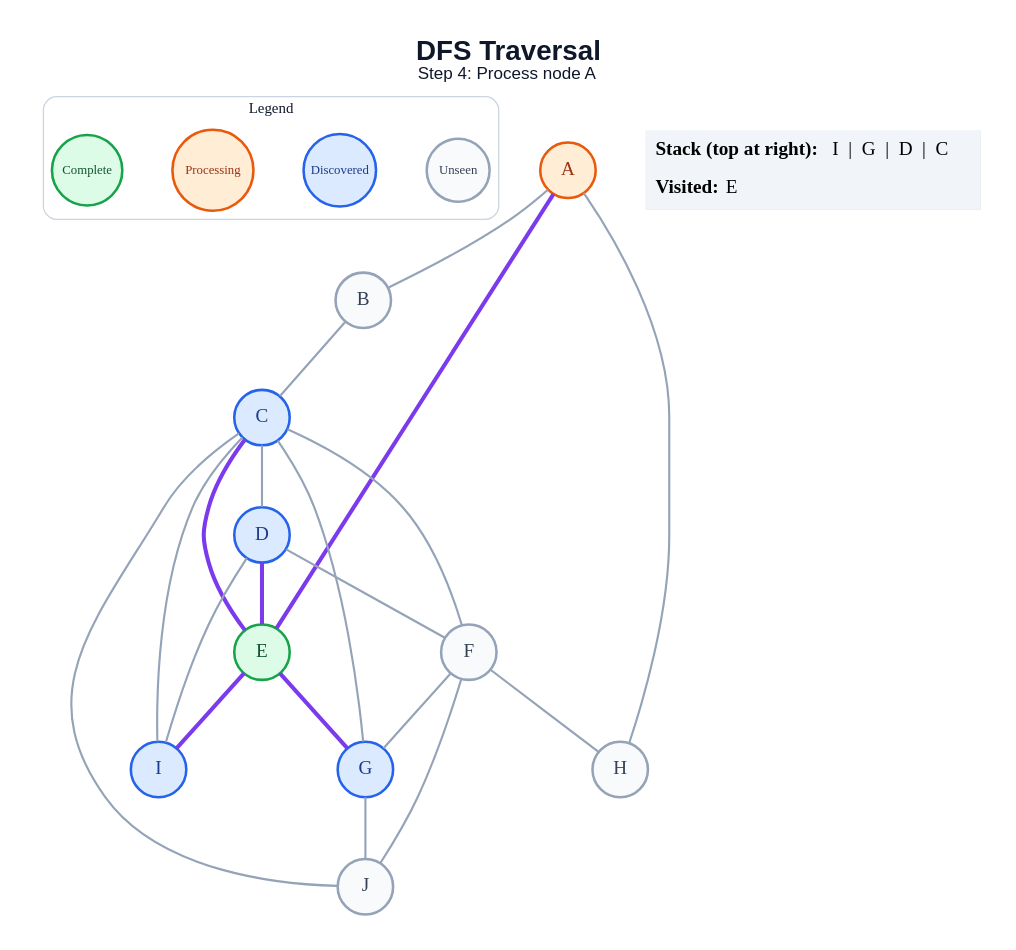
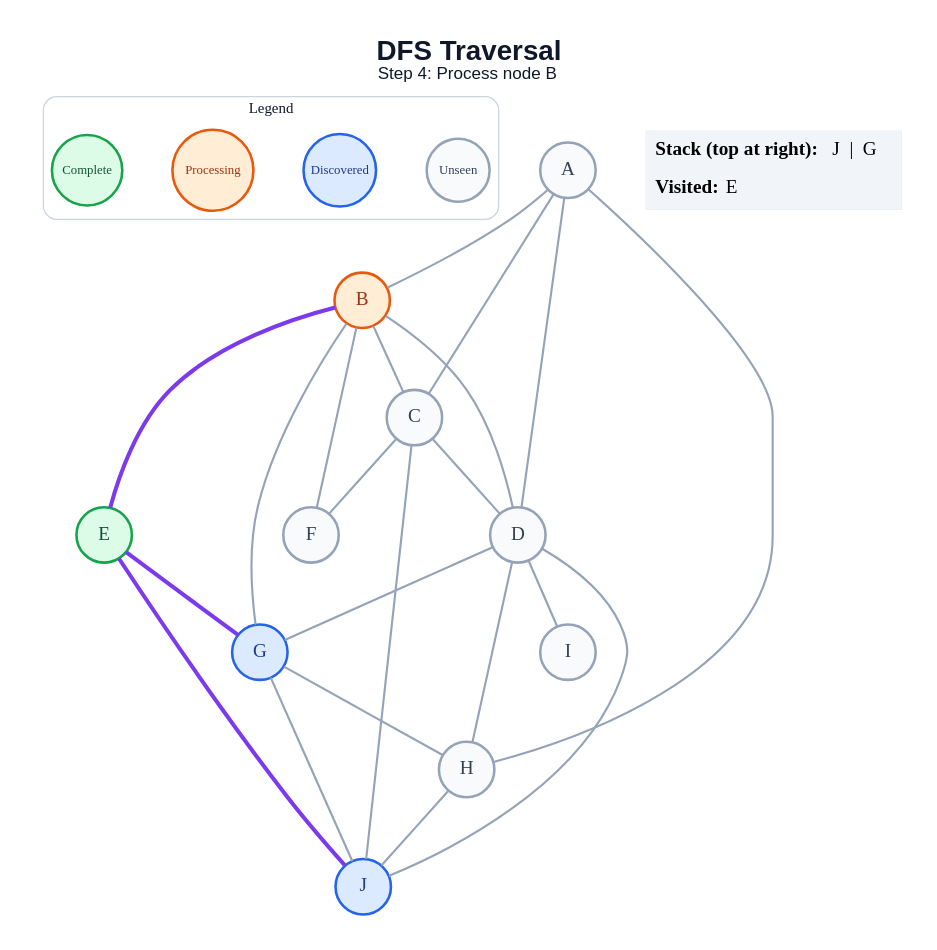
The diagram in generated/specific-node/dfs/step_04.dot (anon7238593-create/ai-slop), drawn with Graphviz before and after one commit. The commit also changed 178 other files, not shown here.

```diff
--- a/generated/specific-node/dfs/step_04.dot
+++ b/generated/specific-node/dfs/step_04.dot
@@ -1,48 +1,50 @@
 graph traversal {
   graph [layout=dot, rankdir=TB, bgcolor="#FFFFFF", pad="0.35", nodesep="0.65", ranksep="0.8", fontname="Arial"];
   node [shape=circle, style="filled", fontname="Arial Bold", fontsize=18, width=0.72, fixedsize=true, penwidth=2.4];
   edge [color="#94A3B8", penwidth=2.0];
-  label=<<B>DFS Traversal</B><BR/><FONT POINT-SIZE="16">Step 4: Process node A</FONT>>; labelloc="t"; fontsize=26; fontname="Arial"; fontcolor="#0F172A";
+  label=<<B>DFS Traversal</B><BR/><FONT POINT-SIZE="16">Step 4: Process node B</FONT>>; labelloc="t"; fontsize=26; fontname="Arial"; fontcolor="#0F172A";
   subgraph cluster_legend { label="Legend"; color="#CBD5E1"; penwidth=1.2; style="rounded"; fontsize=14; fontname="Arial Bold";
     key_unseen [label="Unseen", fillcolor="#F8FAFC", color="#94A3B8", fontcolor="#334155", fontsize=12, width=0.82];
     key_frontier [label="Discovered", fillcolor="#DBEAFE", color="#2563EB", fontcolor="#1E3A8A", fontsize=12, width=0.95];
     key_current [label="Processing", fillcolor="#FFEDD5", color="#EA580C", fontcolor="#9A3412", fontsize=12, width=1.05];
     key_done [label="Complete", fillcolor="#DCFCE7", color="#16A34A", fontcolor="#14532D", fontsize=12, width=0.92];
     { rank=same; key_unseen; key_frontier; key_current; key_done; }
   }
-  A [fillcolor="#FFEDD5", color="#EA580C", fontcolor="#9A3412"];
-  B [fillcolor="#F8FAFC", color="#94A3B8", fontcolor="#334155"];
-  C [fillcolor="#DBEAFE", color="#2563EB", fontcolor="#1E3A8A"];
-  D [fillcolor="#DBEAFE", color="#2563EB", fontcolor="#1E3A8A"];
+  A [fillcolor="#F8FAFC", color="#94A3B8", fontcolor="#334155"];
+  B [fillcolor="#FFEDD5", color="#EA580C", fontcolor="#9A3412"];
+  C [fillcolor="#F8FAFC", color="#94A3B8", fontcolor="#334155"];
+  D [fillcolor="#F8FAFC", color="#94A3B8", fontcolor="#334155"];
   E [fillcolor="#DCFCE7", color="#16A34A", fontcolor="#14532D"];
   F [fillcolor="#F8FAFC", color="#94A3B8", fontcolor="#334155"];
   G [fillcolor="#DBEAFE", color="#2563EB", fontcolor="#1E3A8A"];
   H [fillcolor="#F8FAFC", color="#94A3B8", fontcolor="#334155"];
-  I [fillcolor="#DBEAFE", color="#2563EB", fontcolor="#1E3A8A"];
-  J [fillcolor="#F8FAFC", color="#94A3B8", fontcolor="#334155"];
+  I [fillcolor="#F8FAFC", color="#94A3B8", fontcolor="#334155"];
+  J [fillcolor="#DBEAFE", color="#2563EB", fontcolor="#1E3A8A"];
   A -- B;
-  A -- E [color="#7C3AED", penwidth=3.8];
+  A -- C;
+  A -- D;
   A -- H;
   B -- C;
+  B -- D;
+  B -- E [color="#7C3AED", penwidth=3.8];
+  B -- F;
+  B -- G;
   C -- D;
-  C -- E [color="#7C3AED", penwidth=3.8];
   C -- F;
-  C -- G;
-  C -- I;
   C -- J;
-  D -- E [color="#7C3AED", penwidth=3.8];
-  D -- F;
+  D -- G;
+  D -- H;
   D -- I;
+  D -- J;
   E -- G [color="#7C3AED", penwidth=3.8];
-  E -- I [color="#7C3AED", penwidth=3.8];
-  F -- G;
-  F -- H;
-  F -- J;
+  E -- J [color="#7C3AED", penwidth=3.8];
+  G -- H;
   G -- J;
+  H -- J;
   status [shape=plain, fixedsize=false, width=0, height=0, margin=0, label=<
     <TABLE BORDER="0" CELLBORDER="0" CELLPADDING="7" BGCOLOR="#F1F5F9">
-      <TR><TD ALIGN="LEFT"><B>Stack (top at right):</B> I  |  G  |  D  |  C</TD></TR>
+      <TR><TD ALIGN="LEFT"><B>Stack (top at right):</B> J  |  G</TD></TR>
       <TR><TD ALIGN="LEFT"><B>Visited:</B> E</TD></TR>
     </TABLE>
   >];
 }
```
